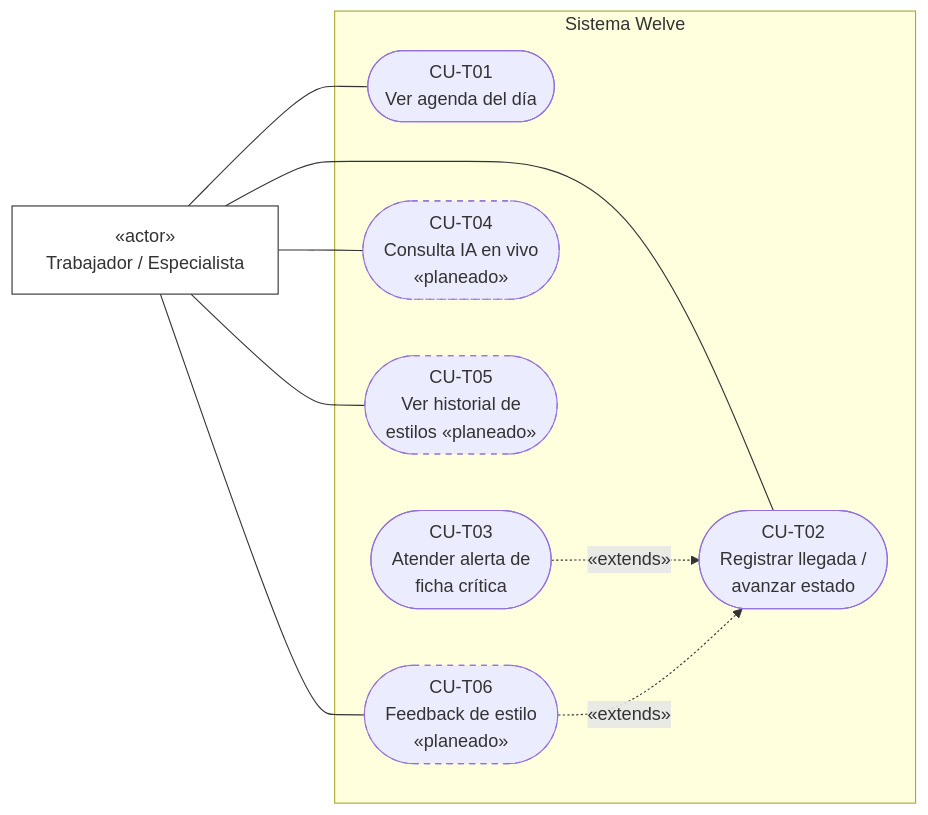
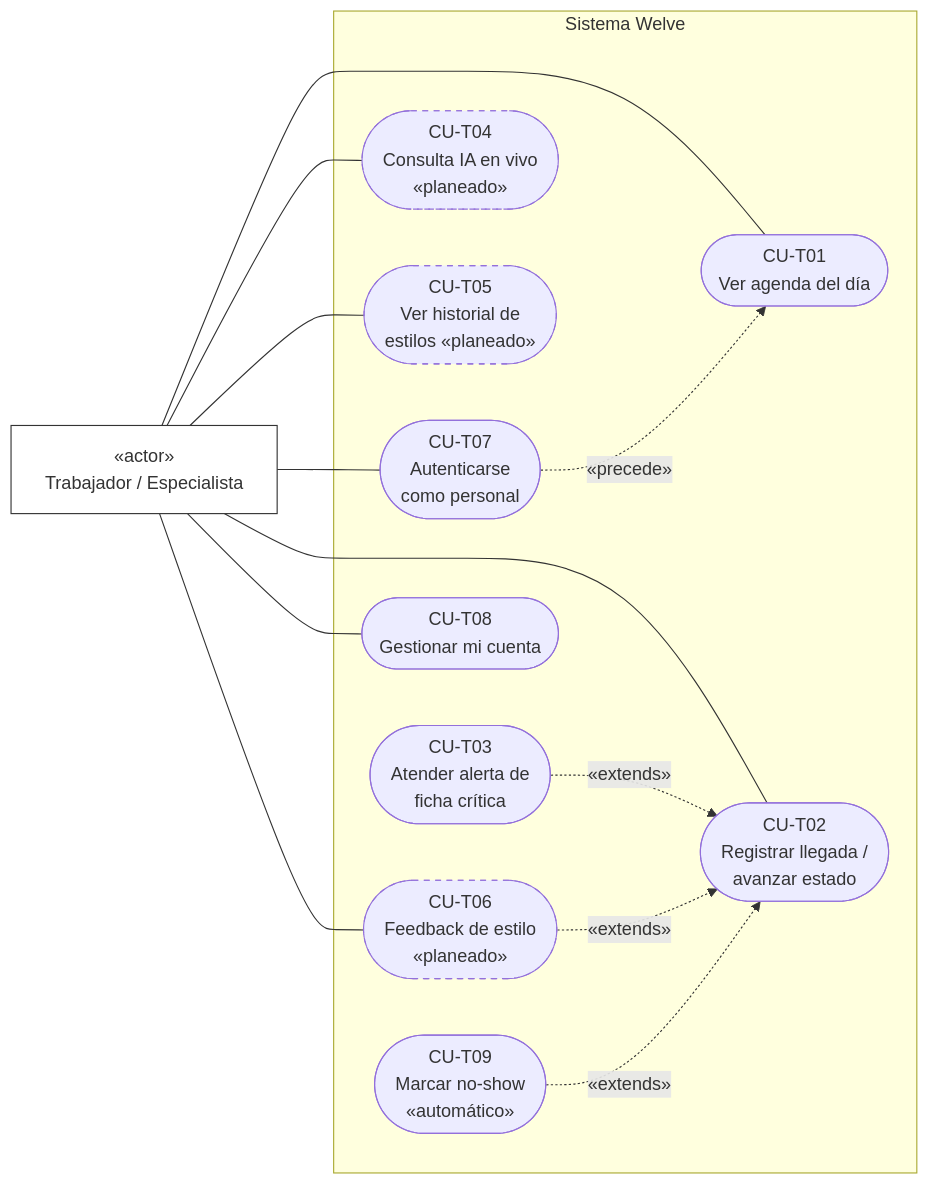
The second of 3 diagrams in docs/tesis/02_CASOS_DE_USO_UML.md (Alezzandromv/welve), drawn with Mermaid before and after one commit. The commit also changed other lines of this file and 7 other files, not shown here.

````diff
--- a/docs/tesis/02_CASOS_DE_USO_UML.md
+++ b/docs/tesis/02_CASOS_DE_USO_UML.md
@@ -58,27 +75,34 @@
 ```mermaid
 flowchart LR
     Trabajador["«actor»<br/>Trabajador / Especialista"]
 
     subgraph SistemaT["Sistema Welve"]
         CUT01(["CU-T01<br/>Ver agenda del día"])
         CUT02(["CU-T02<br/>Registrar llegada /<br/>avanzar estado"])
         CUT03(["CU-T03<br/>Atender alerta de<br/>ficha crítica"])
         CUT04(["CU-T04<br/>Consulta IA en vivo<br/>«planeado»"])
         CUT05(["CU-T05<br/>Ver historial de<br/>estilos «planeado»"])
         CUT06(["CU-T06<br/>Feedback de estilo<br/>«planeado»"])
+        CUT07(["CU-T07<br/>Autenticarse<br/>como personal"])
+        CUT08(["CU-T08<br/>Gestionar mi cuenta"])
+        CUT09(["CU-T09<br/>Marcar no-show<br/>«automático»"])
     end
 
     Trabajador --- CUT01
     Trabajador --- CUT02
     Trabajador --- CUT04
     Trabajador --- CUT05
     Trabajador --- CUT06
+    Trabajador --- CUT07
+    Trabajador --- CUT08
 
     CUT03 -. "«extends»" .-> CUT02
     CUT06 -. "«extends»" .-> CUT02
+    CUT09 -. "«extends»" .-> CUT02
+    CUT07 -. "«precede»" .-> CUT01
 
     classDef actor fill:#fff,stroke:#333,stroke-width:1px
     classDef planeado stroke-dasharray: 5 5
     class Trabajador actor
     class CUT04,CUT05,CUT06 planeado
 ```
````
